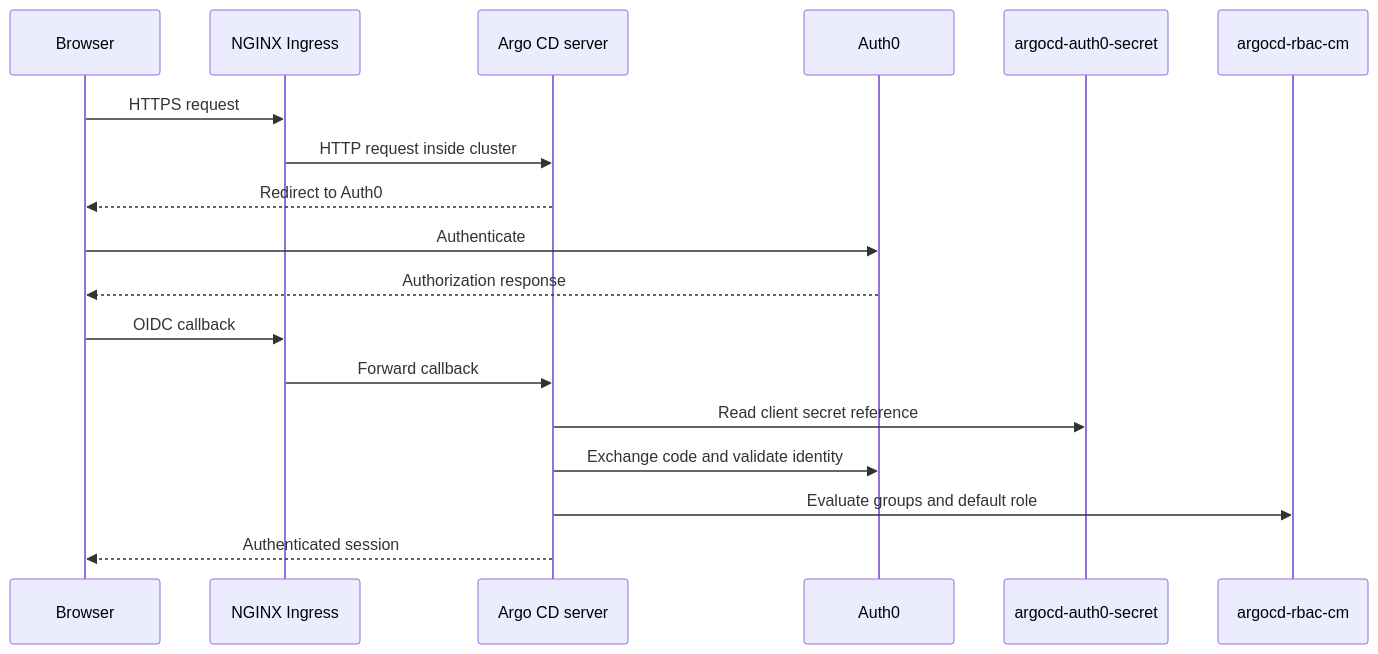
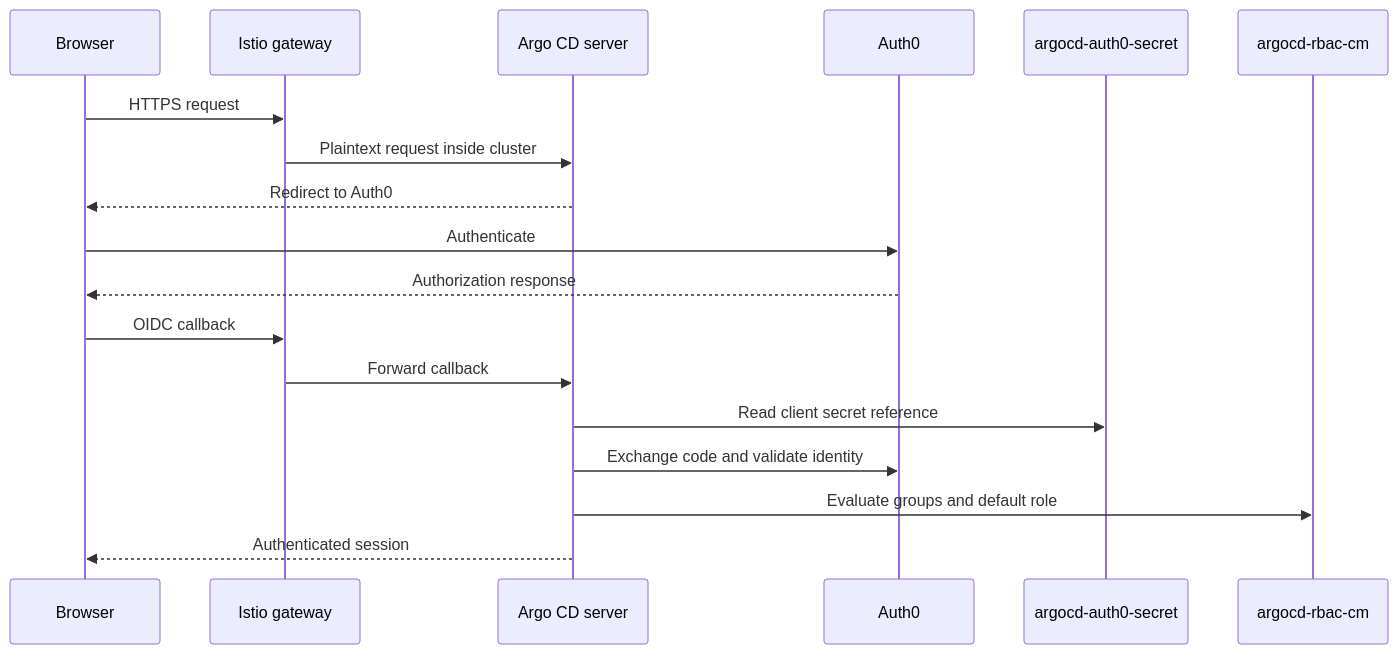
Before and after one commit to chrisleekr/homelab-infrastructure: the third of 3 diagrams in docs/stage2/argocd.md, drawn with Mermaid. The commit also changed other lines of this file and 143 other files, not shown here.

Commit message:
feat(stage2): migrate nginx-ingress to Istio Gateway API (#119)

````diff
--- a/docs/stage2/argocd.md
+++ b/docs/stage2/argocd.md
@@ -137,21 +141,21 @@
 ```mermaid
 sequenceDiagram
     participant Browser
-    participant Nginx as NGINX Ingress
+    participant Gateway as Istio gateway
     participant Server as Argo CD server
     participant Auth0
     participant Secret as argocd-auth0-secret
     participant RBAC as argocd-rbac-cm
 
-    Browser->>Nginx: HTTPS request
-    Nginx->>Server: HTTP request inside cluster
+    Browser->>Gateway: HTTPS request
+    Gateway->>Server: Plaintext request inside cluster
     Server-->>Browser: Redirect to Auth0
     Browser->>Auth0: Authenticate
     Auth0-->>Browser: Authorization response
-    Browser->>Nginx: OIDC callback
-    Nginx->>Server: Forward callback
+    Browser->>Gateway: OIDC callback
+    Gateway->>Server: Forward callback
     Server->>Secret: Read client secret reference
     Server->>Auth0: Exchange code and validate identity
     Server->>RBAC: Evaluate groups and default role
     Server-->>Browser: Authenticated session
 ```
````
